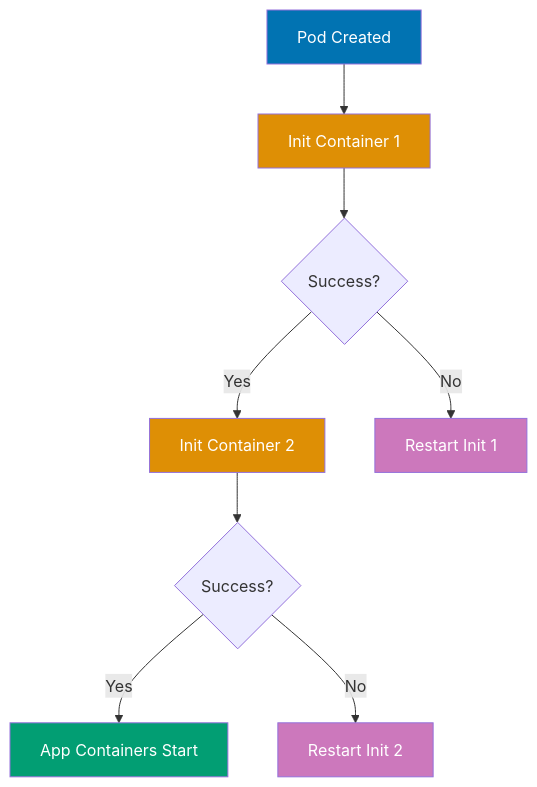
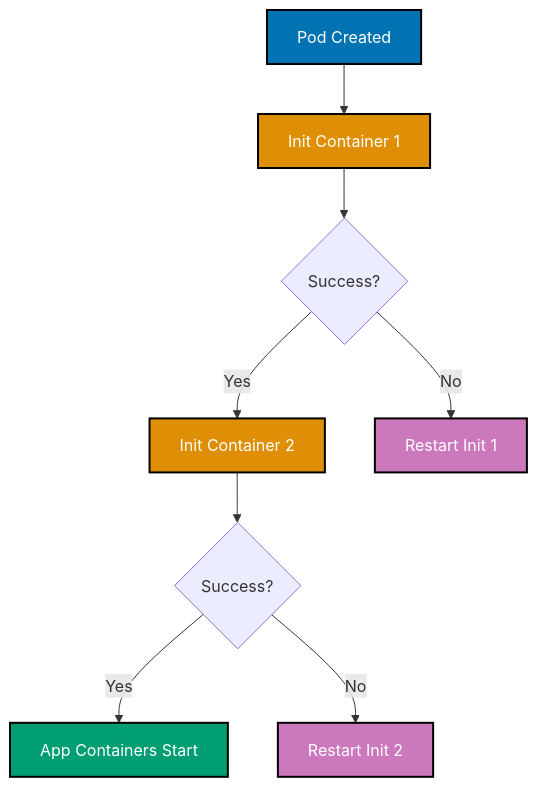
The third of 9 diagrams in apps/ayokoding-web/content/en/learn/software-engineering/infrastructure/tools/kubernetes/by-example/beginner.md (wahidyankf/open-sharia-enterprise), drawn with Mermaid before and after one commit. The commit also changed other lines of this file and 25 other files, not shown here.

````diff
--- a/apps/ayokoding-web/content/en/learn/software-engineering/infrastructure/tools/kubernetes/by-example/beginner.md
+++ b/apps/ayokoding-web/content/en/learn/software-engineering/infrastructure/tools/kubernetes/by-example/beginner.md
@@ -366,18 +368,19 @@
 ```mermaid
+%% Color Palette: Blue #0173B2, Orange #DE8F05, Teal #029E73, Purple #CC78BC, Brown #CA9161
 %% Init container execution flow
 graph TD
  A[Pod Created] --> B[Init Container 1]
  B --> C{Success?}
  C -->|Yes| D[Init Container 2]
  C -->|No| E[Restart Init 1]
  D --> F{Success?}
  F -->|Yes| G[App Containers Start]
  F -->|No| H[Restart Init 2]
 
- style A fill:#0173B2,color:#fff
- style B fill:#DE8F05,color:#fff
- style D fill:#DE8F05,color:#fff
- style G fill:#029E73,color:#fff
- style E fill:#CC78BC,color:#fff
- style H fill:#CC78BC,color:#fff
+ style A fill:#0173B2,stroke:#000000,stroke-width:2px,color:#fff
+ style B fill:#DE8F05,stroke:#000000,stroke-width:2px,color:#fff
+ style D fill:#DE8F05,stroke:#000000,stroke-width:2px,color:#fff
+ style G fill:#029E73,stroke:#000000,stroke-width:2px,color:#fff
+ style E fill:#CC78BC,stroke:#000000,stroke-width:2px,color:#fff
+ style H fill:#CC78BC,stroke:#000000,stroke-width:2px,color:#fff
 ```
````
